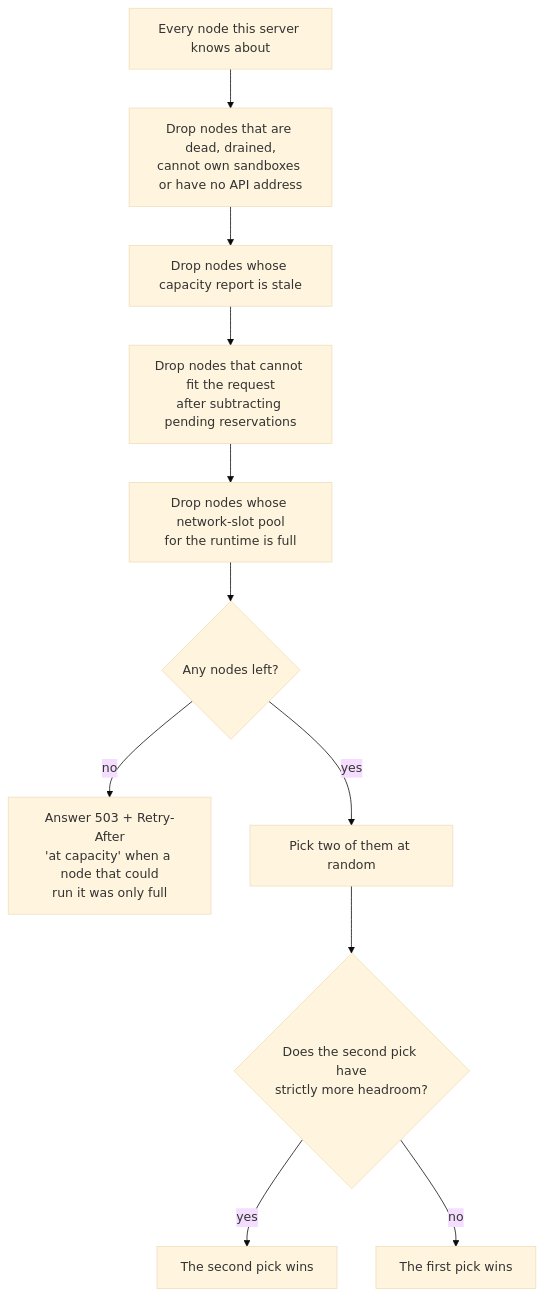
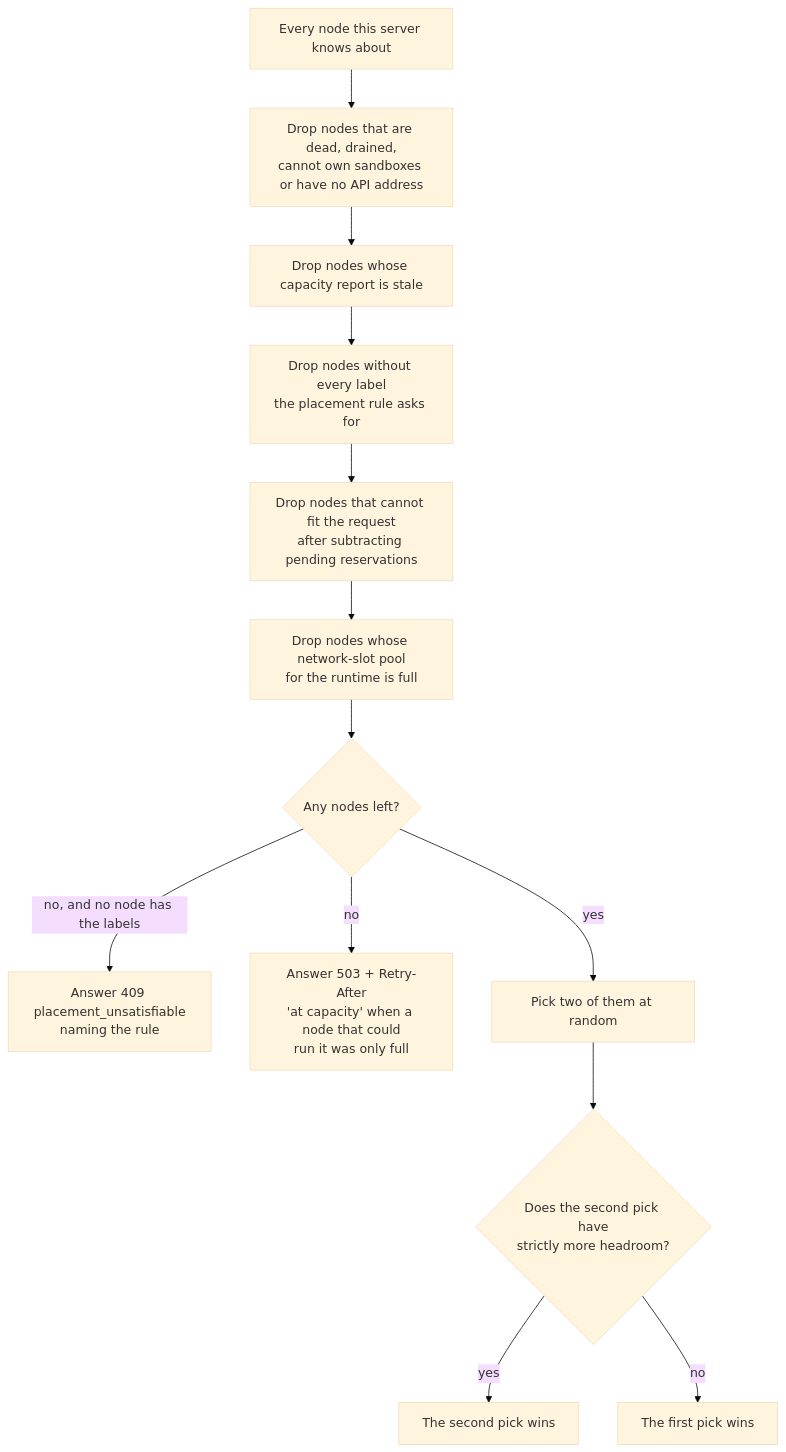
One commit to aerol-ai/microvm changed the third of 8 diagrams in docs/src/content/docs/engineering-placement-failover.mdx. Above: the diagram before and after it, drawn with Mermaid (base theme). The commit also changed other lines of this file and 52 other files, not shown here.

First line of the commit message:
feat(cluster): placement rules by zone and node labels

````diff
--- a/docs/src/content/docs/engineering-placement-failover.mdx
+++ b/docs/src/content/docs/engineering-placement-failover.mdx
@@ -208,13 +209,15 @@
 ```mermaid
 flowchart TB
     ALL["Every node this server knows about"] --> F1["Drop nodes that are dead, drained,<br/>cannot own sandboxes or have no API address"]
     F1 --> F2["Drop nodes whose capacity report is stale"]
-    F2 --> F3["Drop nodes that cannot fit the request<br/>after subtracting pending reservations"]
+    F2 --> FL["Drop nodes without every label<br/>the placement rule asks for"]
+    FL --> F3["Drop nodes that cannot fit the request<br/>after subtracting pending reservations"]
     F3 --> F4["Drop nodes whose network-slot pool<br/>for the runtime is full"]
     F4 --> ANY{"Any nodes left?"}
+    ANY -- "no, and no node has the labels" --> RULE["Answer 409 placement_unsatisfiable<br/>naming the rule"]
     ANY -- "no" --> NONE["Answer 503 + Retry-After<br/>'at capacity' when a node that could<br/>run it was only full"]
     ANY -- "yes" --> PICK["Pick two of them at random"]
     PICK --> CMP{"Does the second pick have<br/>strictly more headroom?"}
     CMP -- "yes" --> WB["The second pick wins"]
     CMP -- "no" --> WA["The first pick wins"]
 ```
````
